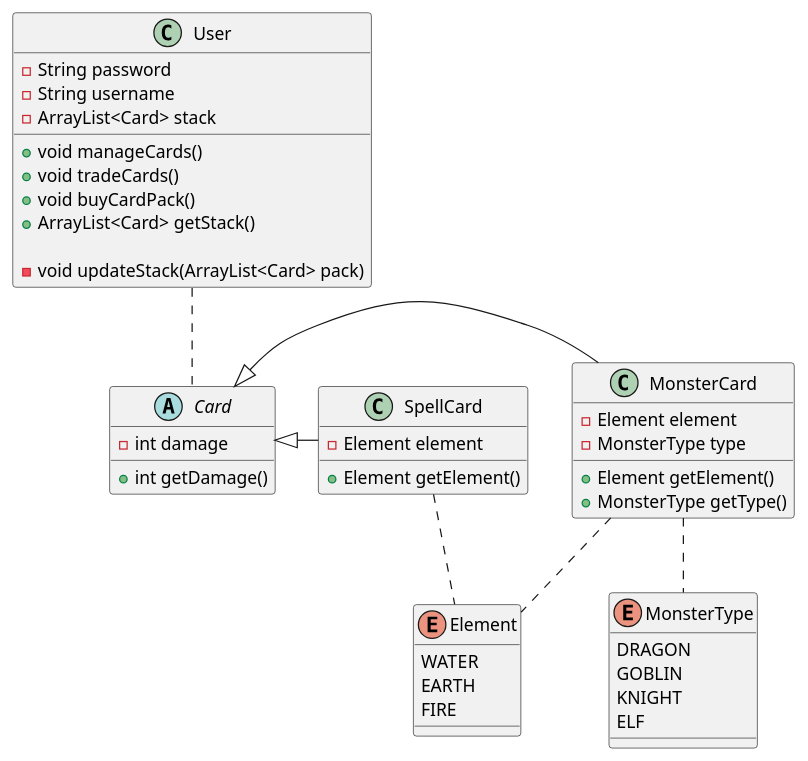
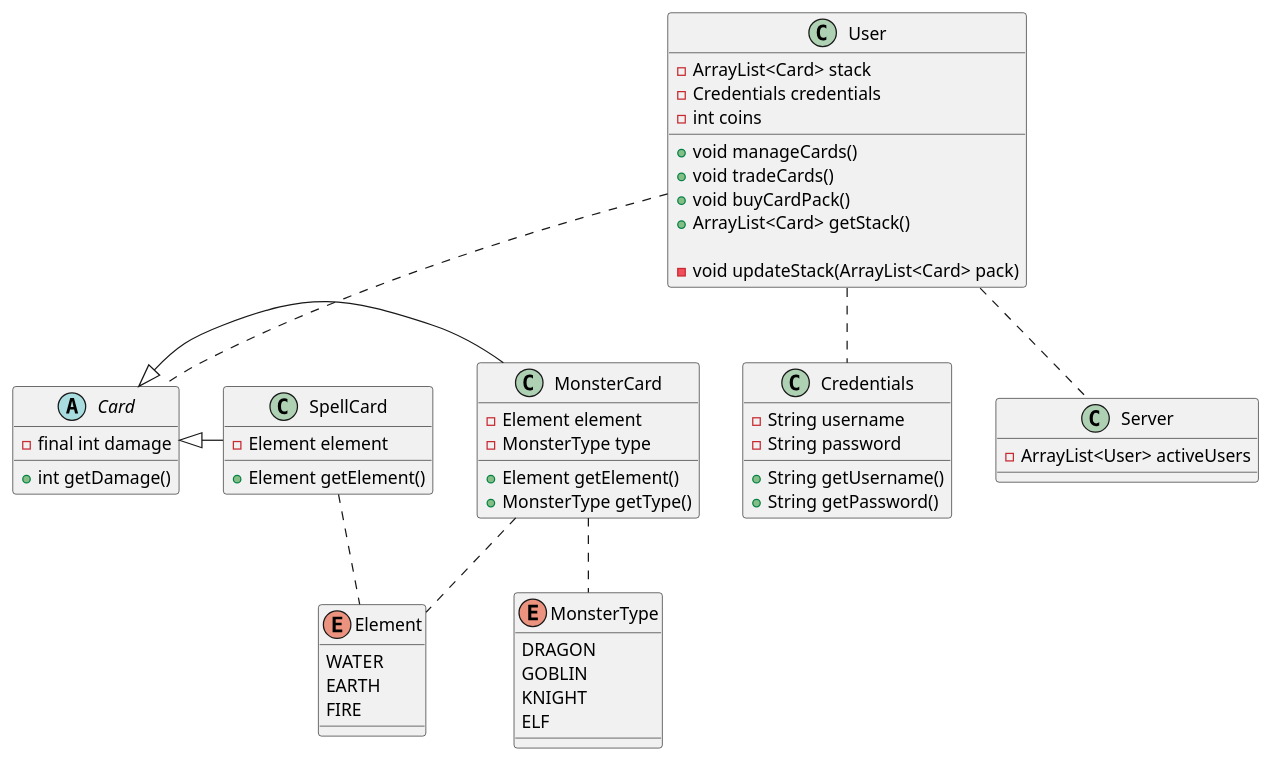
Before and after one commit to skyler544/mtcg: the diagram in documentation/mtcg.puml, drawn with PlantUML.

Commit message:
add a Credentials class

```diff
--- a/documentation/mtcg.puml
+++ b/documentation/mtcg.puml
@@ -1,56 +1,71 @@
 @startuml
 
+class Server {
+       - ArrayList<User> activeUsers
+}
+
 class User {
-        - String password
-        - String username
         - ArrayList<Card> stack
+        - Credentials credentials
+        - int coins
 
         + void manageCards()
         + void tradeCards()
         + void buyCardPack()
         + ArrayList<Card> getStack()
 
         - void updateStack(ArrayList<Card> pack)
 }
+
 abstract class Card {
-        - int damage
+        - final int damage
 
         + int getDamage()
 }
 
+class Credentials {
+        - String username
+        - String password
+
+        + String getUsername()
+        + String getPassword()
+}
+
 User .. Card
+User .. Credentials
+User .. Server
 
 enum MonsterType {
         DRAGON
         GOBLIN
         KNIGHT
         ELF
 }
 enum Element {
         WATER
         EARTH
         FIRE
 }
 
 class MonsterCard {
         - Element element
         - MonsterType type
 
         + Element getElement()
         + MonsterType getType()
 }
 class SpellCard {
         - Element element
 
         + Element getElement()
 }
 
 Card <|- MonsterCard
 Card <|- SpellCard
 
 MonsterCard .. MonsterType
 MonsterCard .. Element
 
 SpellCard .. Element
 
 @enduml
```
